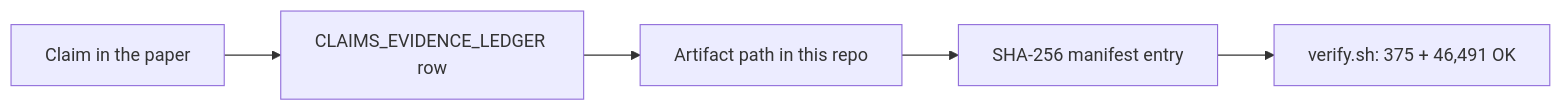
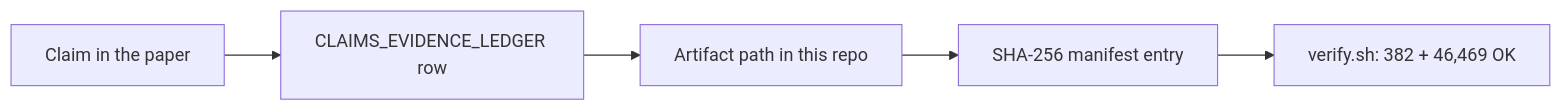
Before and after one commit to 0xLAB-art/belief-tomography-artifact: the diagram in README.md, drawn with Mermaid. The commit also changed other lines of this file and 12 other files, not shown here.

````diff
--- a/README.md
+++ b/README.md
@@ -51,7 +51,7 @@
 ```mermaid
 flowchart LR
     A["Claim in the paper"] --> B["CLAIMS_EVIDENCE_LEDGER row"]
     B --> C["Artifact path in this repo"]
     C --> D["SHA-256 manifest entry"]
-    D --> E["verify.sh: 375 + 46,491 OK"]
+    D --> E["verify.sh: 382 + 46,469 OK"]
 ```
````
